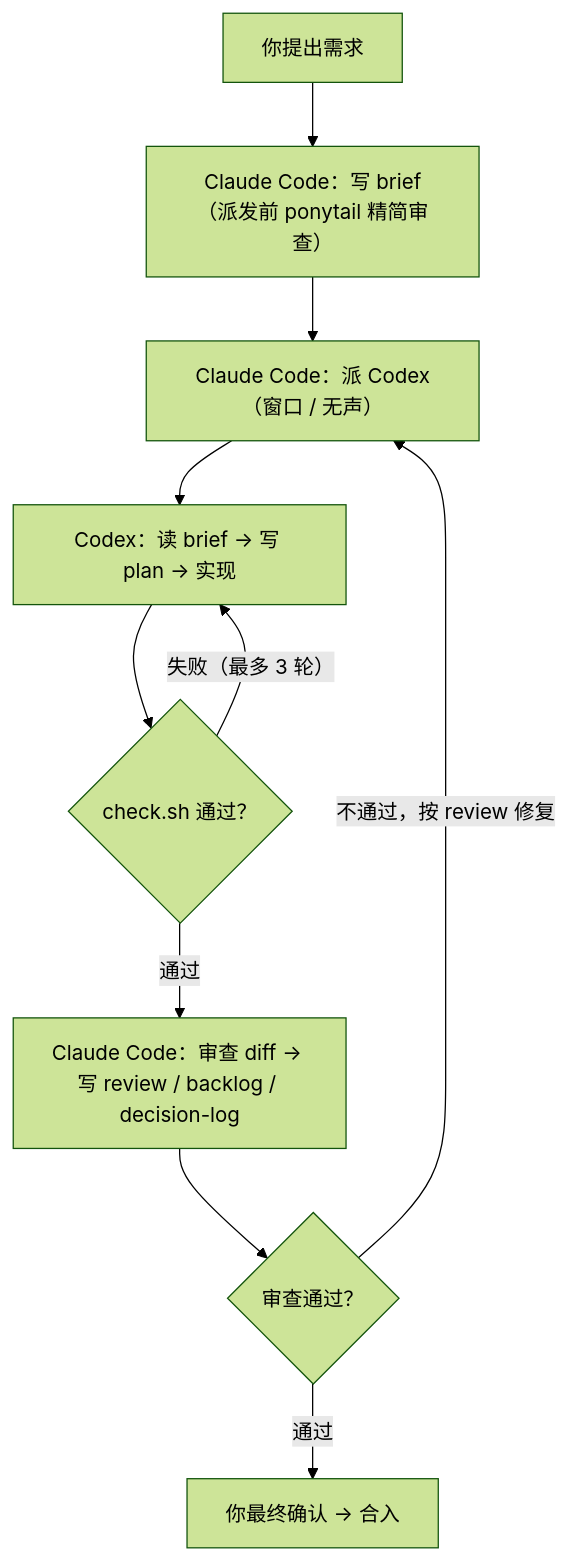
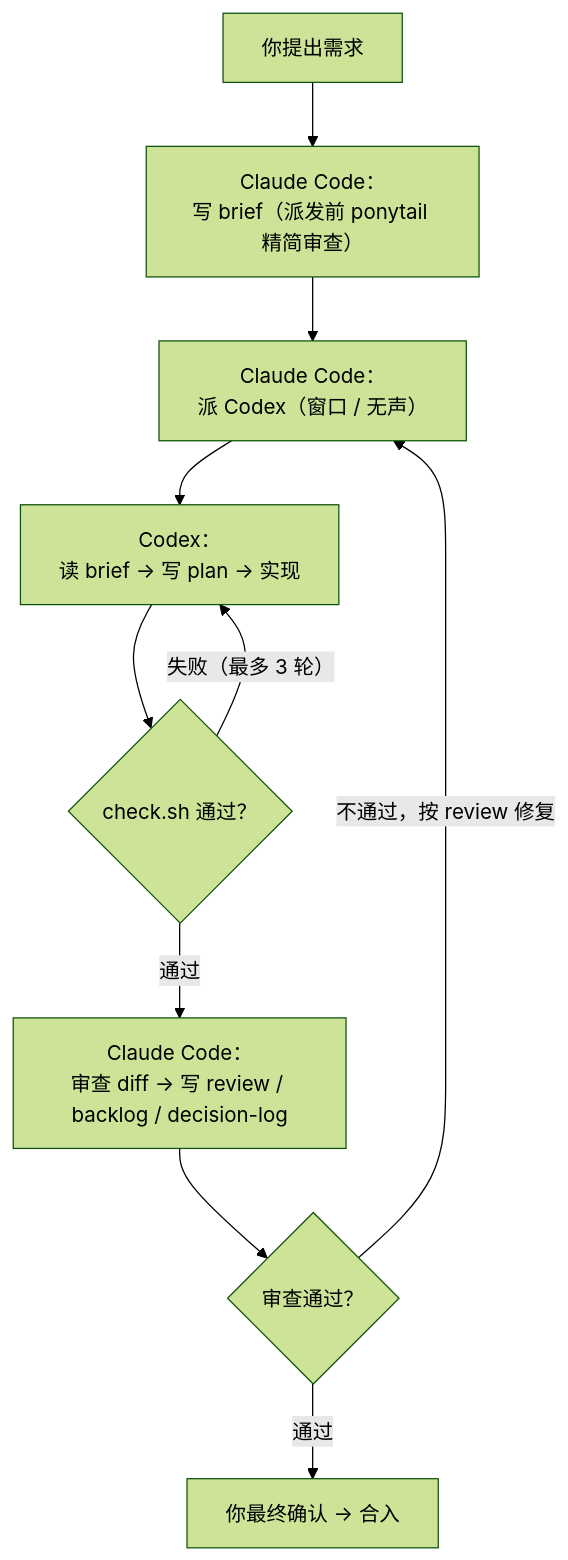
Before and after one commit to yiximy/codex-claude-collab-skill: the second of 2 diagrams in README.md, drawn with Mermaid (forest theme). The commit also changed other lines of this file, not shown here.

Commit message:
docs: Fix the issue of incomplete display of architecture and collaboration flowchart

````diff
--- a/README.md
+++ b/README.md
@@ -301,17 +301,17 @@
 ```mermaid
 graph TD
     A["你提出需求"]
-    B["Claude Code：写 brief（派发前 ponytail 精简审查）"]
-    C["Claude Code：派 Codex（窗口 / 无声）"]
-    D["Codex：读 brief -> 写 plan -> 实现"]
+    B["Claude Code：<br>写 brief（派发前 ponytail 精简审查）"]
+    C["Claude Code：<br>派 Codex（窗口 / 无声）"]
+    D["Codex：<br>读 brief -> 写 plan -> 实现"]
     E{"check.sh 通过？"}
-    F["Claude Code：审查 diff -> 写 review / backlog / decision-log"]
+    F["Claude Code：<br>审查 diff -> 写 review / backlog / decision-log"]
     G{"审查通过？"}
     H["你最终确认 -> 合入"]
 
     A --> B --> C --> D --> E
     E -->|"失败（最多 3 轮）"| D
     E -->|"通过"| F --> G
     G -->|"不通过，按 review 修复"| C
     G -->|"通过"| H
 ```
````
